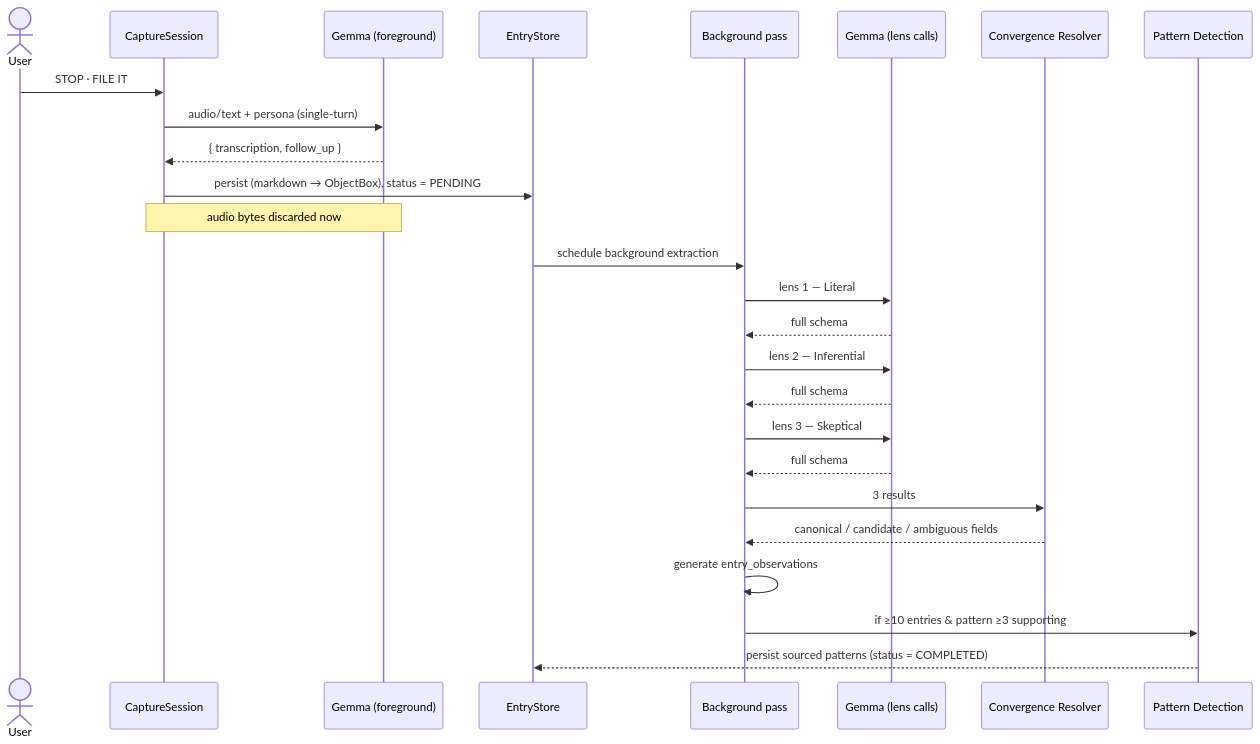
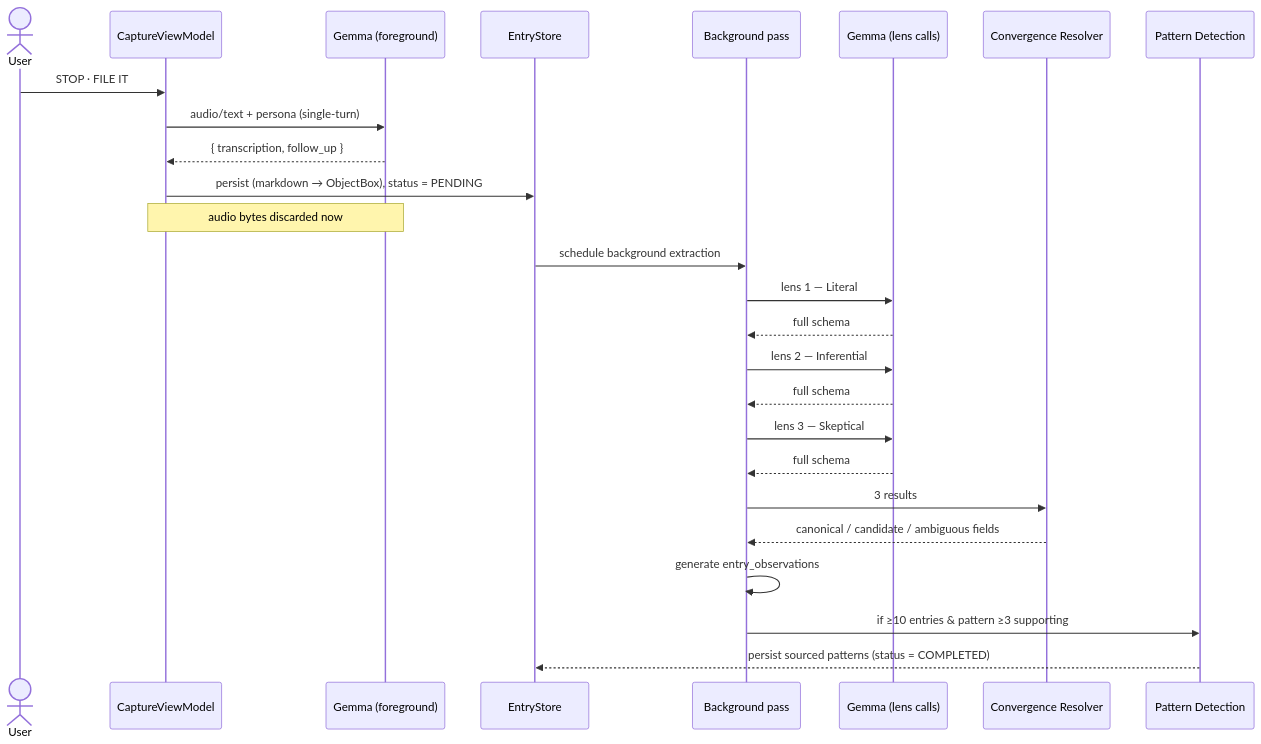
Before and after one commit to anchildress1/vestige: the second of 5 diagrams in docs/diagrams/llm-functionality.md, drawn with Mermaid. The commit also changed 70 other files, not shown here.

````diff
--- a/docs/diagrams/llm-functionality.md
+++ b/docs/diagrams/llm-functionality.md
@@ -52,32 +52,32 @@
 ```mermaid
 sequenceDiagram
     accTitle: Two-tier foreground and background inference sequence
     accDescr: User stops recording. The foreground Gemma call returns transcription and follow-up. EntryStore persists markdown first then ObjectBox and marks extraction PENDING. The background pass runs three sequential lens calls, the resolver writes fields, entry observations are generated, then pattern detection runs if the threshold is met.
 
     actor U as User
-    participant Cap as CaptureSession
+    participant Cap as CaptureViewModel
     participant FG as Gemma (foreground)
     participant ES as EntryStore
     participant BG as Background pass
     participant LM as Gemma (lens calls)
     participant CR as Convergence Resolver
     participant PD as Pattern Detection
 
     U->>Cap: STOP · FILE IT
     Cap->>FG: audio/text + persona (single-turn)
     FG-->>Cap: { transcription, follow_up }
     Cap->>ES: persist (markdown → ObjectBox), status = PENDING
     Note over FG,Cap: audio bytes discarded now
     ES->>BG: schedule background extraction
     BG->>LM: lens 1 — Literal
     LM-->>BG: full schema
     BG->>LM: lens 2 — Inferential
     LM-->>BG: full schema
     BG->>LM: lens 3 — Skeptical
     LM-->>BG: full schema
     BG->>CR: 3 results
     CR-->>BG: canonical / candidate / ambiguous fields
     BG->>BG: generate entry_observations
     BG->>PD: if ≥10 entries & pattern ≥3 supporting
     PD-->>ES: persist sourced patterns (status = COMPLETED)
 ```
````
